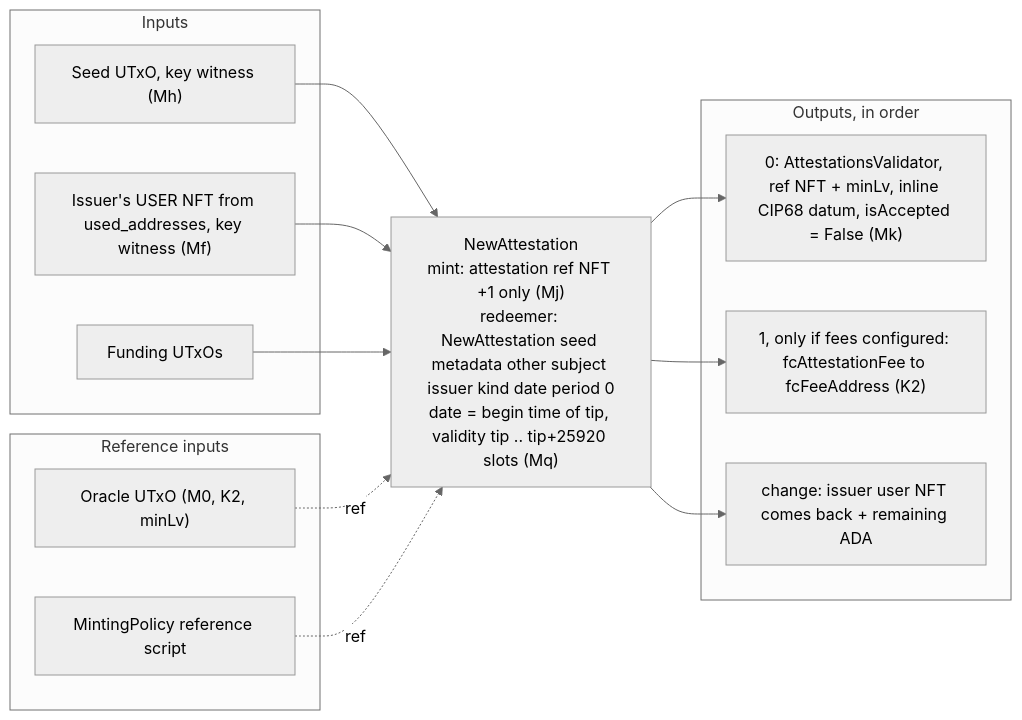
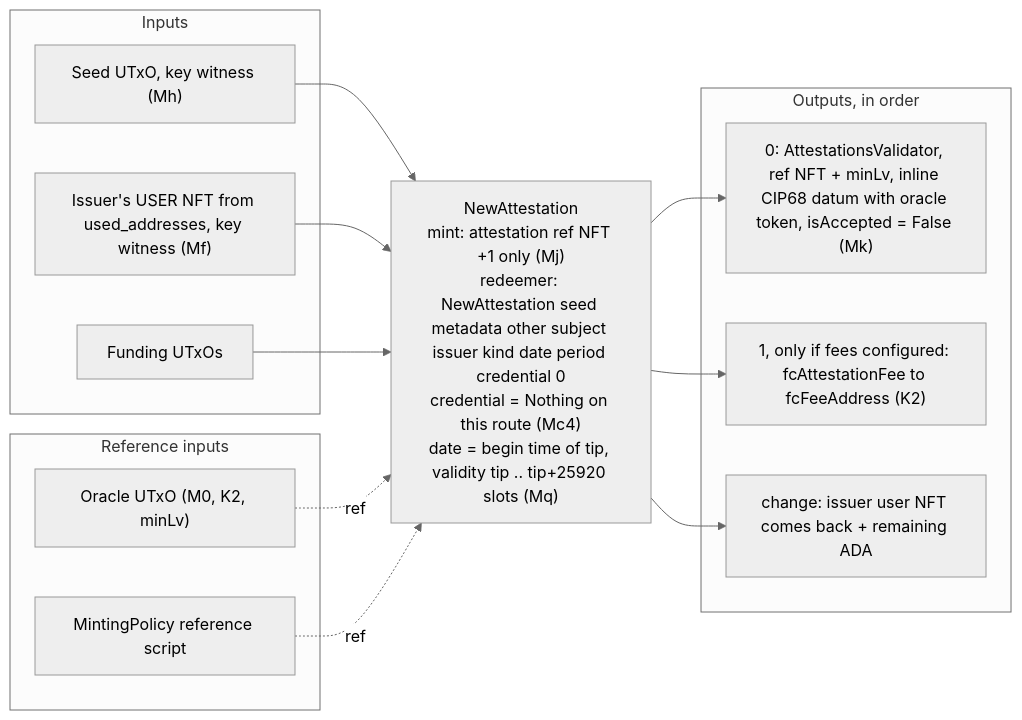
The third of 13 diagrams in docs/architecture/onchain-flows.md (en7angled/palmares), drawn with Mermaid (neutral theme) before and after one commit. The commit also changed other lines of this file and 18 other files, not shown here.

````diff
--- a/docs/architecture/onchain-flows.md
+++ b/docs/architecture/onchain-flows.md
@@ -250,26 +261,26 @@
 ```mermaid
 flowchart LR
   subgraph IN["Inputs"]
     seed["Seed UTxO, key witness (Mh)"]
     issuerTok["Issuer's USER NFT from used_addresses, key witness (Mf)"]
     fund["Funding UTxOs"]
   end
   subgraph REF["Reference inputs"]
     oracle["Oracle UTxO (M0, K2, minLv)"]
     mpref["MintingPolicy reference script"]
   end
-  tx["NewAttestation<br/>mint: attestation ref NFT +1 only (Mj)<br/>redeemer: NewAttestation seed metadata other subject issuer kind date period 0<br/>date = begin time of tip, validity tip .. tip+25920 slots (Mq)"]
+  tx["NewAttestation<br/>mint: attestation ref NFT +1 only (Mj)<br/>redeemer: NewAttestation seed metadata other subject issuer kind date period credential 0<br/>credential = Nothing on this route (Mc4)<br/>date = begin time of tip, validity tip .. tip+25920 slots (Mq)"]
   subgraph OUT["Outputs, in order"]
-    o0["0: AttestationsValidator, ref NFT + minLv, inline CIP68 datum, isAccepted = False (Mk)"]
+    o0["0: AttestationsValidator, ref NFT + minLv, inline CIP68 datum with oracle token, isAccepted = False (Mk)"]
     o1["1, only if fees configured: fcAttestationFee to fcFeeAddress (K2)"]
     chg["change: issuer user NFT comes back + remaining ADA"]
   end
   seed --> tx
   issuerTok --> tx
   fund --> tx
   oracle -. ref .-> tx
   mpref -. ref .-> tx
   tx --> o0
   tx --> o1
   tx --> chg
 ```
````
